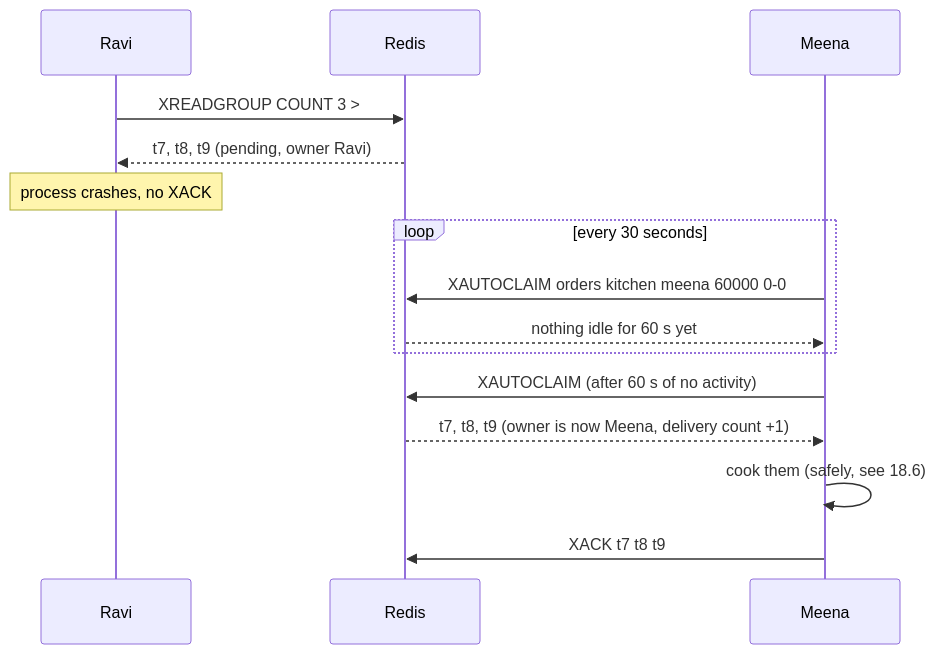
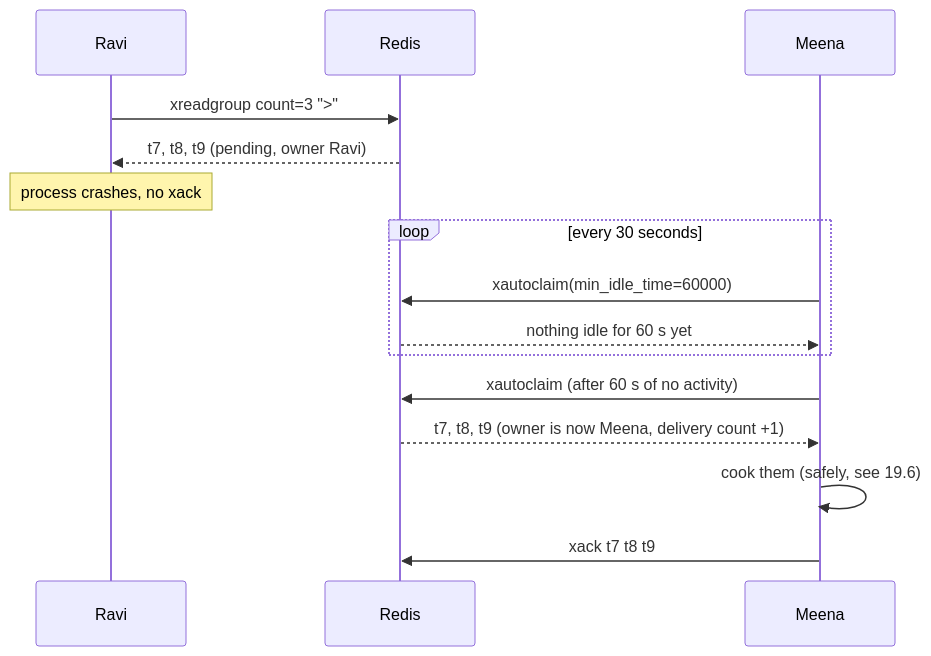
Before and after one commit to selvakumarperumal/Regulatory_Circular_Impact_Agent: diagram 19 of 31 in redis.md, drawn with Mermaid. The commit also changed other lines of this file, not shown here.

````diff
--- a/redis.md
+++ b/redis.md
@@ -1798,17 +2344,17 @@
 ```mermaid
 sequenceDiagram
     participant Ravi
     participant R as Redis
     participant Meena
-    Ravi->>R: XREADGROUP COUNT 3 >
+    Ravi->>R: xreadgroup count=3 ">"
     R-->>Ravi: t7, t8, t9 (pending, owner Ravi)
-    Note over Ravi: process crashes, no XACK
+    Note over Ravi: process crashes, no xack
     loop every 30 seconds
-        Meena->>R: XAUTOCLAIM orders kitchen meena 60000 0-0
+        Meena->>R: xautoclaim(min_idle_time=60000)
         R-->>Meena: nothing idle for 60 s yet
     end
-    Meena->>R: XAUTOCLAIM (after 60 s of no activity)
+    Meena->>R: xautoclaim (after 60 s of no activity)
     R-->>Meena: t7, t8, t9 (owner is now Meena, delivery count +1)
-    Meena->>Meena: cook them (safely, see 18.6)
-    Meena->>R: XACK t7 t8 t9
+    Meena->>Meena: cook them (safely, see 19.6)
+    Meena->>R: xack t7 t8 t9
 ```
````
